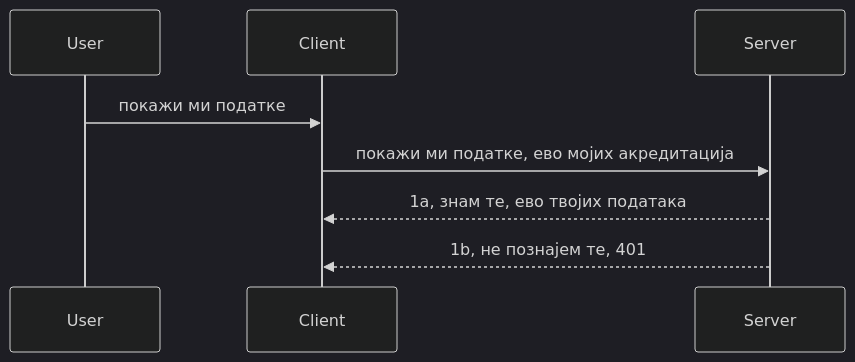
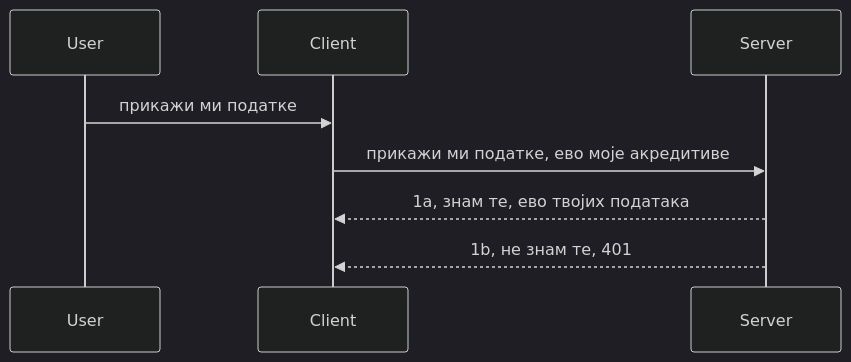
Before and after one commit to HIDORAKAI002/ai-workspace-archive: the diagram in mcp_ecosystem__model_context_protocol/mcp_learning_resources/mcp-for-beginners/translations/sr/03-GettingStarted/11-simple-auth/README.md, drawn with Mermaid (dark theme). The commit also changed other lines of this file and 1160 other files, not shown here.

````diff
--- a/mcp_ecosystem__model_context_protocol/mcp_learning_resources/mcp-for-beginners/translations/sr/03-GettingStarted/11-simple-auth/README.md
+++ b/mcp_ecosystem__model_context_protocol/mcp_learning_resources/mcp-for-beginners/translations/sr/03-GettingStarted/11-simple-auth/README.md
@@ -24,11 +24,11 @@
 ```mermaid
 sequenceDiagram
    participant User
    participant Client
    participant Server
 
-   User->>Client: покажи ми податке
-   Client->>Server: покажи ми податке, ево мојих акредитација
+   User->>Client: прикажи ми податке
+   Client->>Server: прикажи ми податке, ево моје акредитиве
    Server-->>Client: 1a, знам те, ево твојих података
-   Server-->>Client: 1b, не познајем те, 401 
+   Server-->>Client: 1b, не знам те, 401 
 ```
````
